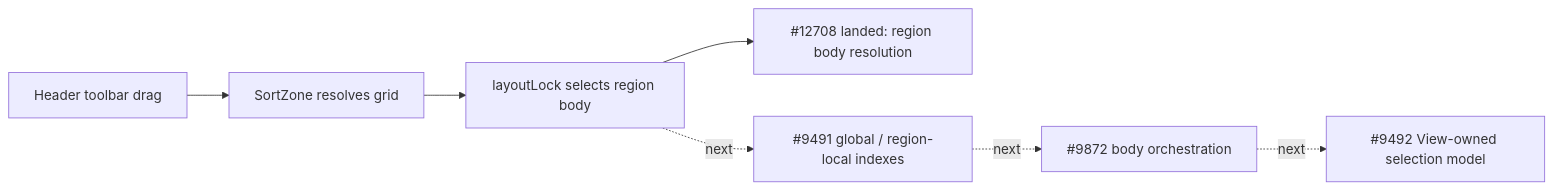
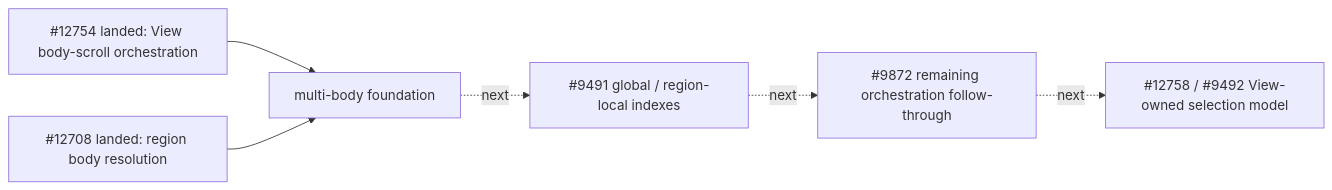
Before and after one commit to neomjs/neo: the second of 3 diagrams in resources/content/release-notes/v13.0.0.md, drawn with Mermaid. The commit also changed other lines of this file, not shown here.

````diff
--- a/resources/content/release-notes/v13.0.0.md
+++ b/resources/content/release-notes/v13.0.0.md
@@ -293,9 +297,8 @@
 ```mermaid
 flowchart LR
-    A["Header toolbar drag"] --> B["SortZone resolves grid"]
-    B --> C["layoutLock selects region body"]
-    C --> D["#12708 landed: region body resolution"]
-    C -. "next" .-> E["#9491 global / region-local indexes"]
-    E -. "next" .-> F["#9872 body orchestration"]
-    F -. "next" .-> G["#9492 View-owned selection model"]
+    A["#12754 landed: View body-scroll orchestration"] --> C["multi-body foundation"]
+    B["#12708 landed: region body resolution"] --> C
+    C -. "next" .-> D["#9491 global / region-local indexes"]
+    D -. "next" .-> E["#9872 remaining orchestration follow-through"]
+    E -. "next" .-> F["#12758 / #9492 View-owned selection model"]
 ```
````
